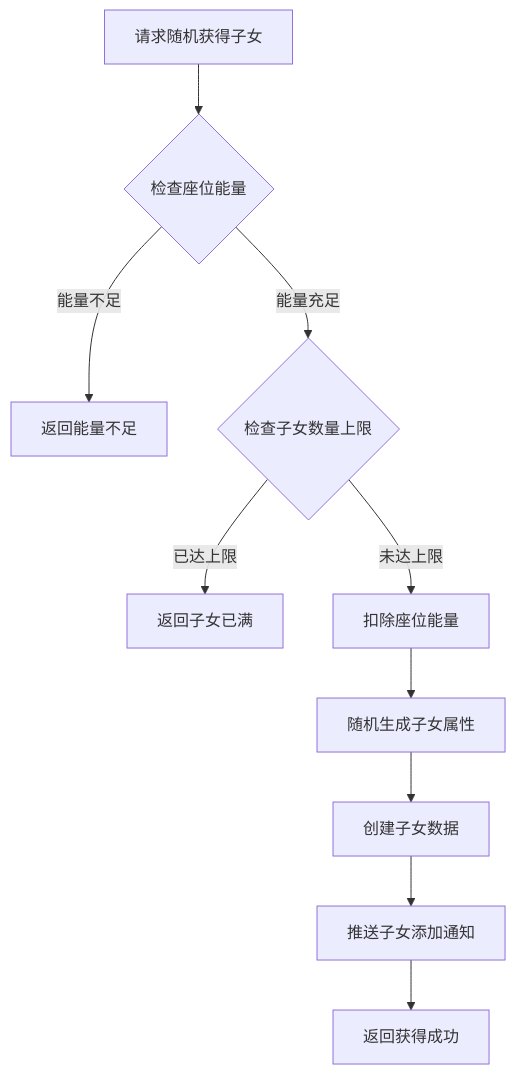
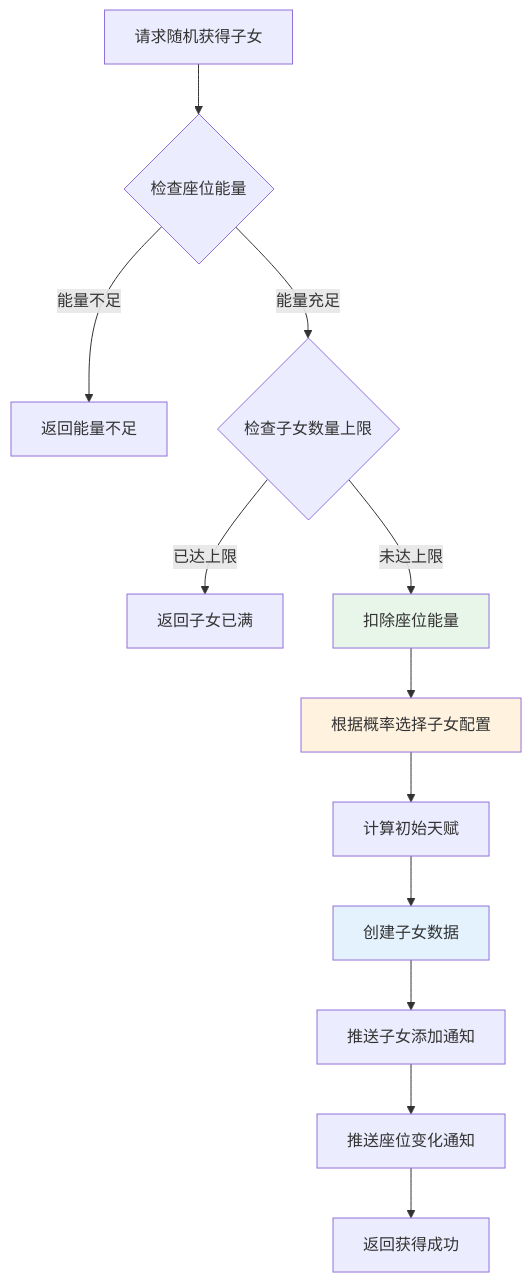
One commit to Alan-Ben/k2c_game_framework changed the second of 12 diagrams in docs/Module_Child/05_完整说明.md. Above: the diagram before and after it, drawn with Mermaid. The commit also changed other lines of this file and 7 other files, not shown here.

````diff
--- a/docs/Module_Child/05_完整说明.md
+++ b/docs/Module_Child/05_完整说明.md
@@ -67,12 +93,18 @@
 ```mermaid
 flowchart TD
     A[请求随机获得子女] --> B{检查座位能量}
     B -->|能量不足| C[返回能量不足]
     B -->|能量充足| D{检查子女数量上限}
     D -->|已达上限| E[返回子女已满]
     D -->|未达上限| F[扣除座位能量]
-    F --> G[随机生成子女属性]
-    G --> H[创建子女数据]
-    H --> I[推送子女添加通知]
-    I --> J[返回获得成功]
+    F --> G[根据概率选择子女配置]
+    G --> H[计算初始天赋]
+    H --> I[创建子女数据]
+    I --> J[推送子女添加通知]
+    J --> K[推送座位变化通知]
+    K --> L[返回获得成功]
+
+    style F fill:#e8f5e9
+    style I fill:#e3f2fd
+    style G fill:#fff3e0
 ```
````
